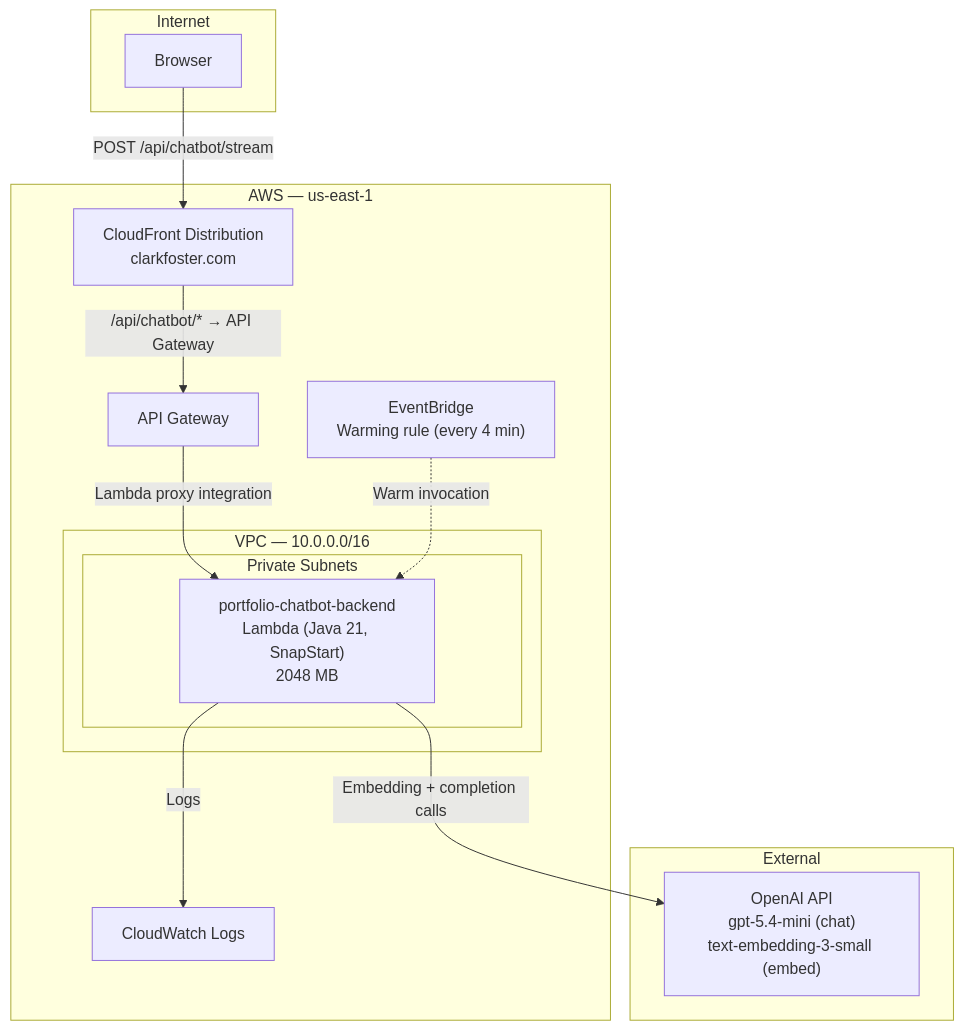
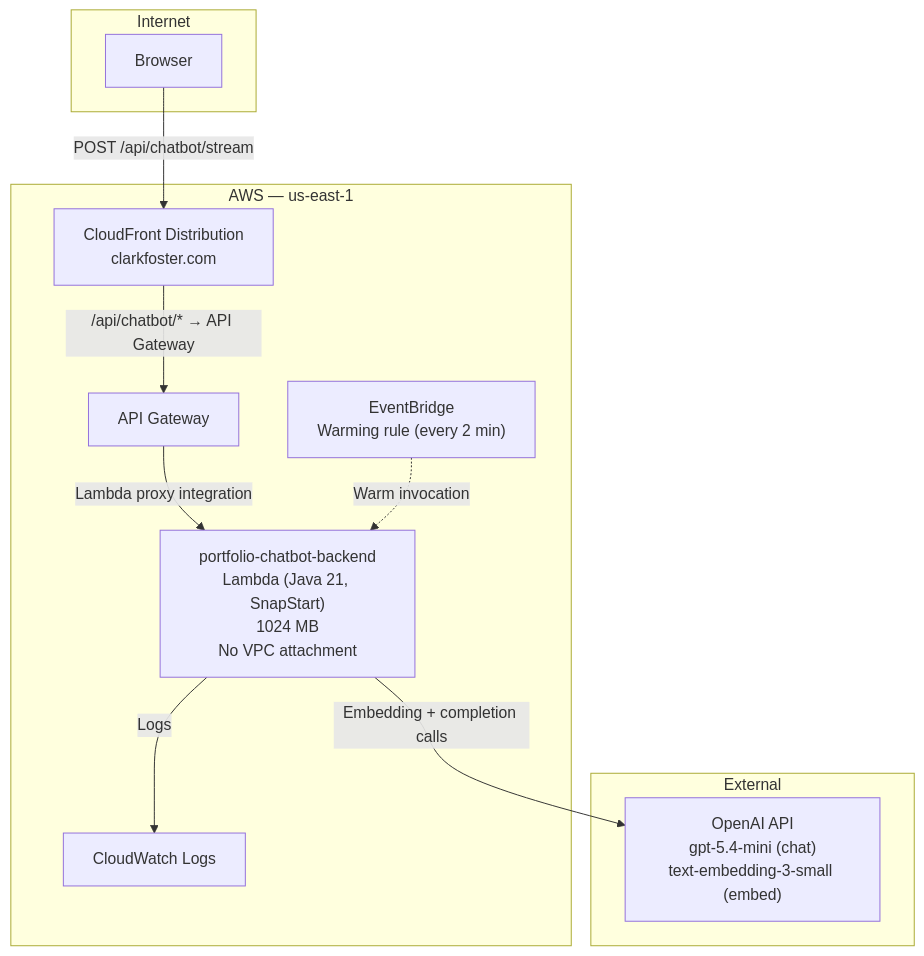
Before and after one commit to clark22134/MyPortfolioWebsite: the fourth of 16 diagrams in docs/ARCHITECTURE.md, drawn with Mermaid. The commit also changed other lines of this file and 147 other files, not shown here.

````diff
--- a/docs/ARCHITECTURE.md
+++ b/docs/ARCHITECTURE.md
@@ -200,31 +200,27 @@
 ```mermaid
 graph TB
     subgraph Internet
         Browser[Browser]
     end
 
     subgraph AWS["AWS — us-east-1"]
         CF["CloudFront Distribution<br/>clarkfoster.com"]
         APIGW["API Gateway"]
 
-        subgraph VPC["VPC — 10.0.0.0/16"]
-            subgraph Private["Private Subnets"]
-                Lambda["portfolio-chatbot-backend<br/>Lambda (Java 21, SnapStart)<br/>2048 MB"]
-            end
-        end
+        Lambda["portfolio-chatbot-backend<br/>Lambda (Java 21, SnapStart)<br/>1024 MB<br/>No VPC attachment"]
 
-        EB["EventBridge<br/>Warming rule (every 4 min)"]
+        EB["EventBridge<br/>Warming rule (every 2 min)"]
         CW["CloudWatch Logs"]
     end
 
     subgraph External
         OpenAI["OpenAI API<br/>gpt-5.4-mini (chat)<br/>text-embedding-3-small (embed)"]
     end
 
     Browser -->|"POST /api/chatbot/stream"| CF
     CF -->|"/api/chatbot/* → API Gateway"| APIGW
     APIGW -->|Lambda proxy integration| Lambda
     Lambda -->|Embedding + completion calls| OpenAI
     EB -.->|Warm invocation| Lambda
     Lambda -->|Logs| CW
 ```
````
